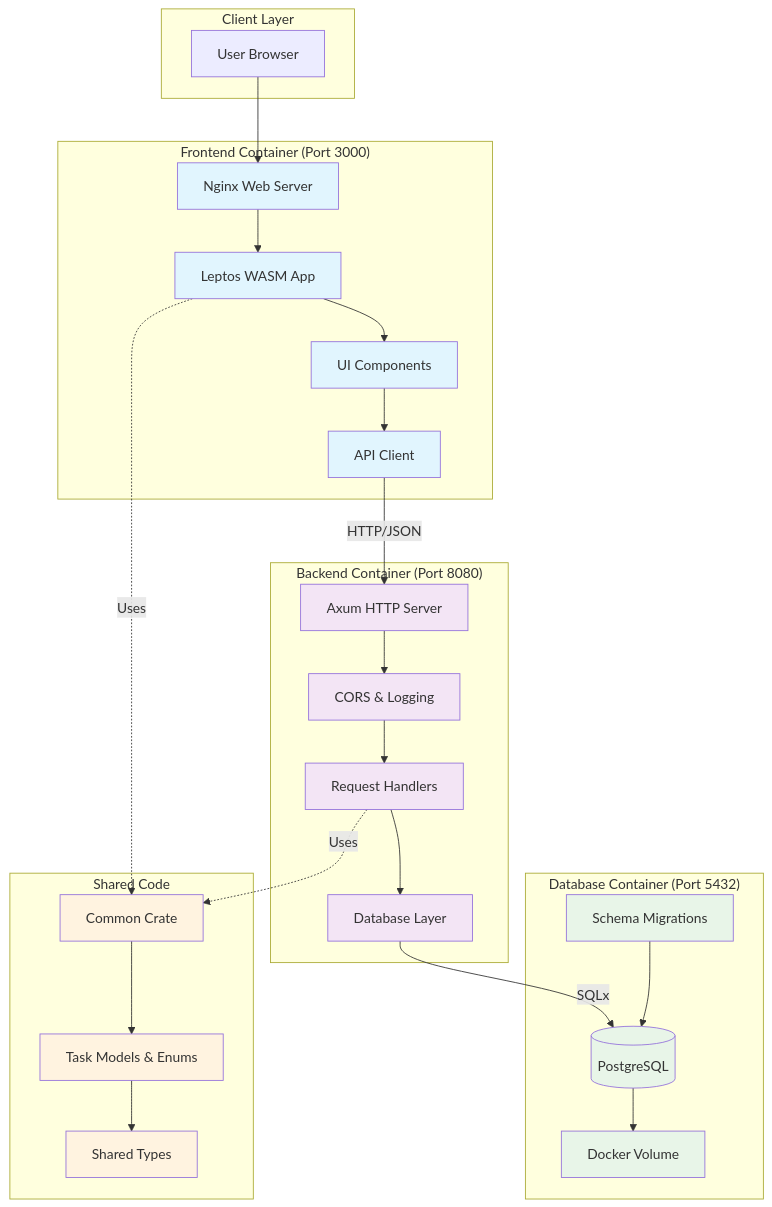
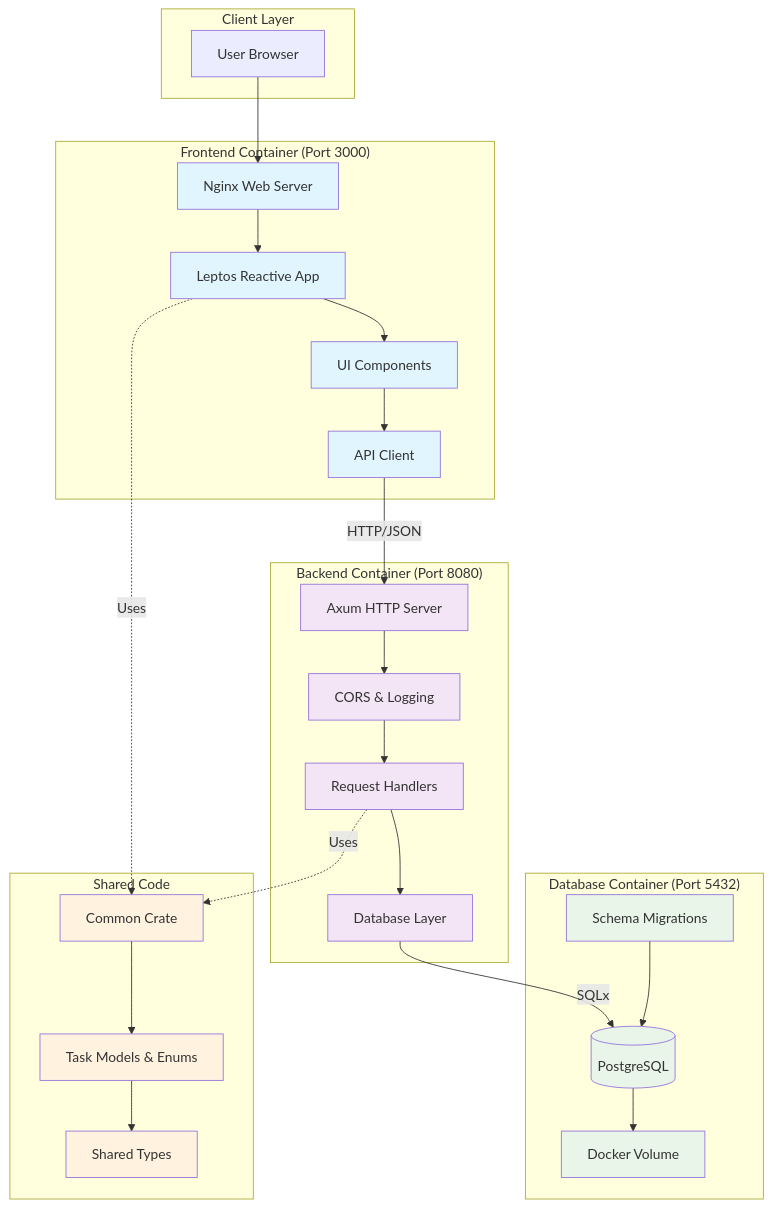
One commit to nemanjaninkovic-1/rust-tracker changed the diagram in README.md. Above: the diagram before and after it, drawn with Mermaid. The commit also changed other lines of this file, not shown here.

````diff
--- a/README.md
+++ b/README.md
@@ -166,59 +165,59 @@
 ```mermaid
 graph TB
     subgraph "Client Layer"
         USER[User Browser]
     end
     
     subgraph "Frontend Container (Port 3000)"
         NGINX[Nginx Web Server]
-        LEPTOS[Leptos WASM App]
+        LEPTOS[Leptos Reactive App]
         COMP[UI Components]
         API_CLIENT[API Client]
     end
     
     subgraph "Backend Container (Port 8080)"
         AXUM[Axum HTTP Server]
         HANDLERS[Request Handlers]
         DB_LAYER[Database Layer]
         MIDDLEWARE[CORS & Logging]
     end
     
     subgraph "Database Container (Port 5432)"
         POSTGRES[(PostgreSQL)]
         MIGRATIONS[Schema Migrations]
         VOLUME[Docker Volume]
     end
     
     subgraph "Shared Code"
         COMMON[Common Crate]
         MODELS[Task Models & Enums]
         TYPES[Shared Types]
     end
     
     USER --> NGINX
     NGINX --> LEPTOS
     LEPTOS --> COMP
     COMP --> API_CLIENT
     API_CLIENT -->|HTTP/JSON| AXUM
     AXUM --> MIDDLEWARE
     MIDDLEWARE --> HANDLERS
     HANDLERS --> DB_LAYER
     DB_LAYER -->|SQLx| POSTGRES
     POSTGRES --> VOLUME
     MIGRATIONS --> POSTGRES
     
     LEPTOS -.->|Uses| COMMON
     HANDLERS -.->|Uses| COMMON
     COMMON --> MODELS
     MODELS --> TYPES
     
     classDef frontend fill:#e1f5fe
     classDef backend fill:#f3e5f5
     classDef database fill:#e8f5e8
     classDef shared fill:#fff3e0
     
     class NGINX,LEPTOS,COMP,API_CLIENT frontend
     class AXUM,HANDLERS,DB_LAYER,MIDDLEWARE backend
     class POSTGRES,MIGRATIONS,VOLUME database
     class COMMON,MODELS,TYPES shared
 ```
````
